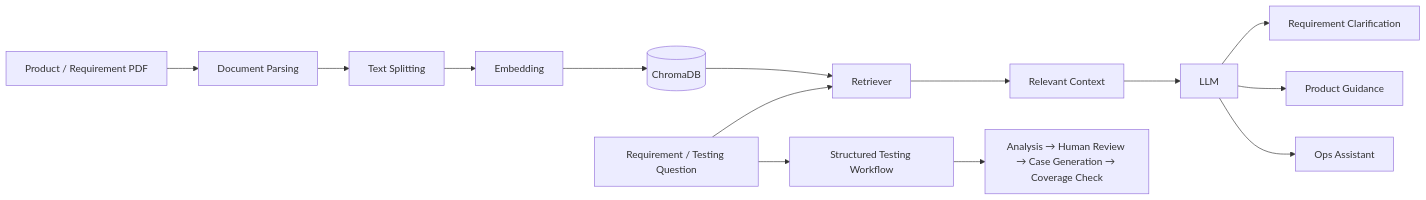
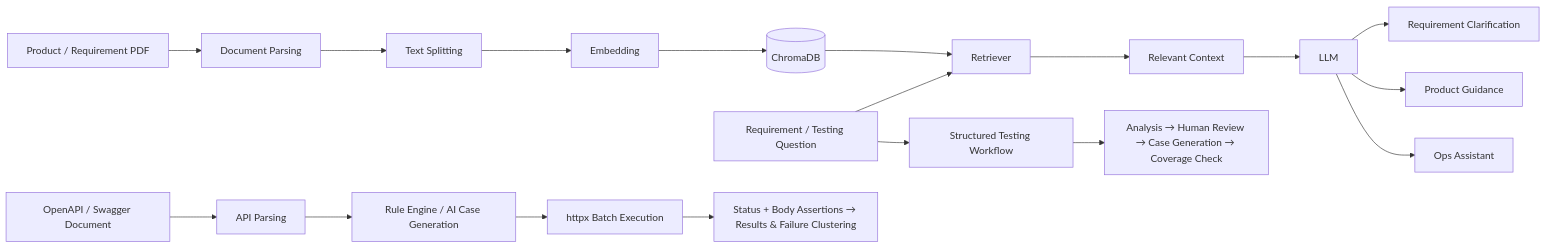
Before and after one commit to ChiufungLee/AI-Test-Case-Generator: the diagram in README_EN.md, drawn with Mermaid. The commit also changed other lines of this file and 1 other file, not shown here.

````diff
--- a/README_EN.md
+++ b/README_EN.md
@@ -68,19 +69,24 @@
 ```mermaid
 flowchart LR
     A[Product / Requirement PDF] --> B[Document Parsing]
     B --> C[Text Splitting]
     C --> D[Embedding]
     D --> E[(ChromaDB)]
 
     F[Requirement / Testing Question] --> G[Retriever]
     E --> G
     G --> H[Relevant Context]
     H --> I[LLM]
 
     I --> J[Requirement Clarification]
     I --> K[Product Guidance]
     I --> L[Ops Assistant]
 
     F --> M[Structured Testing Workflow]
     M --> N[Analysis → Human Review → Case Generation → Coverage Check]
+
+    P[OpenAPI / Swagger Document] --> Q[API Parsing]
+    Q --> R[Rule Engine / AI Case Generation]
+    R --> S[httpx Batch Execution]
+    S --> T[Status + Body Assertions → Results & Failure Clustering]
 ```
````
